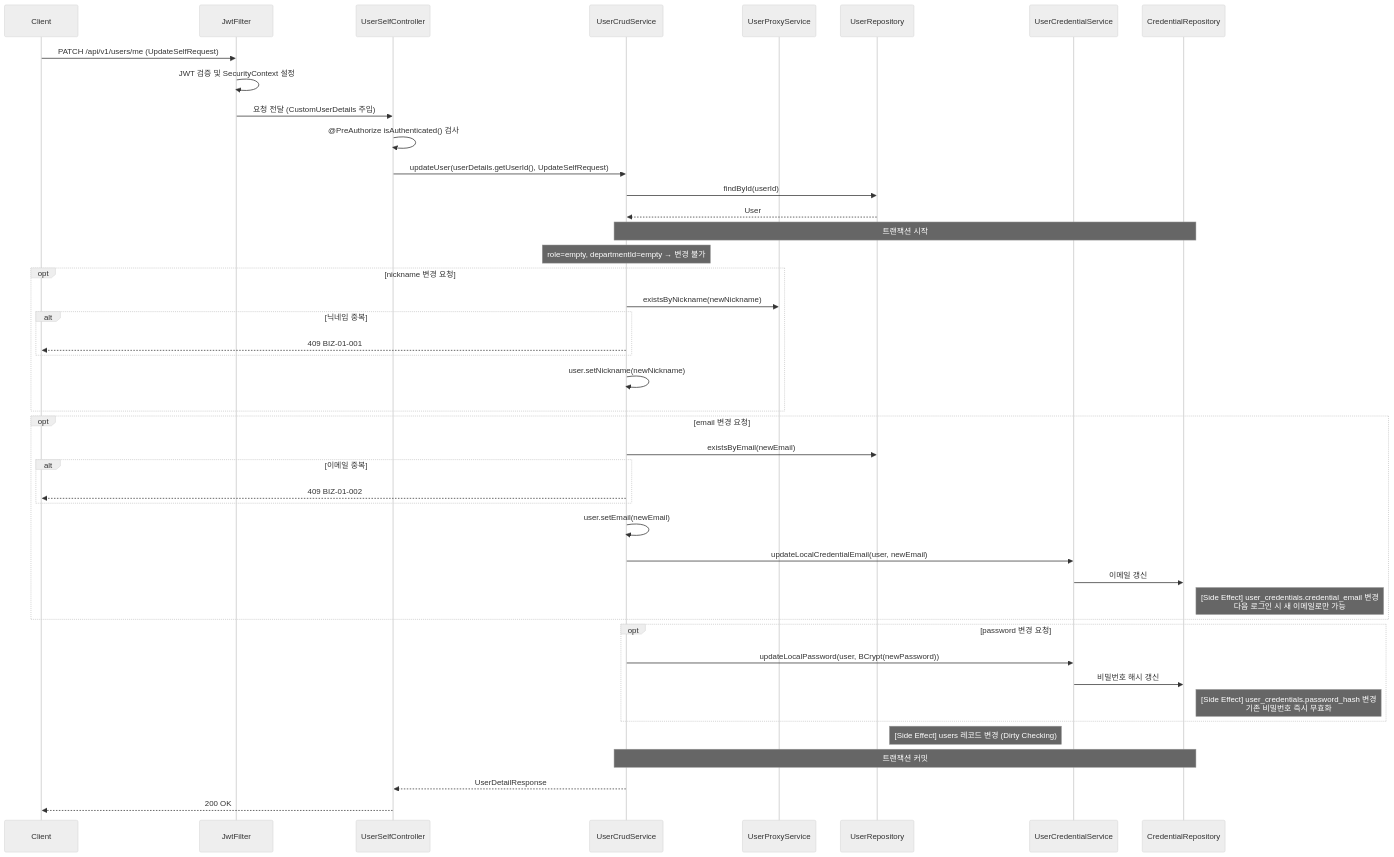
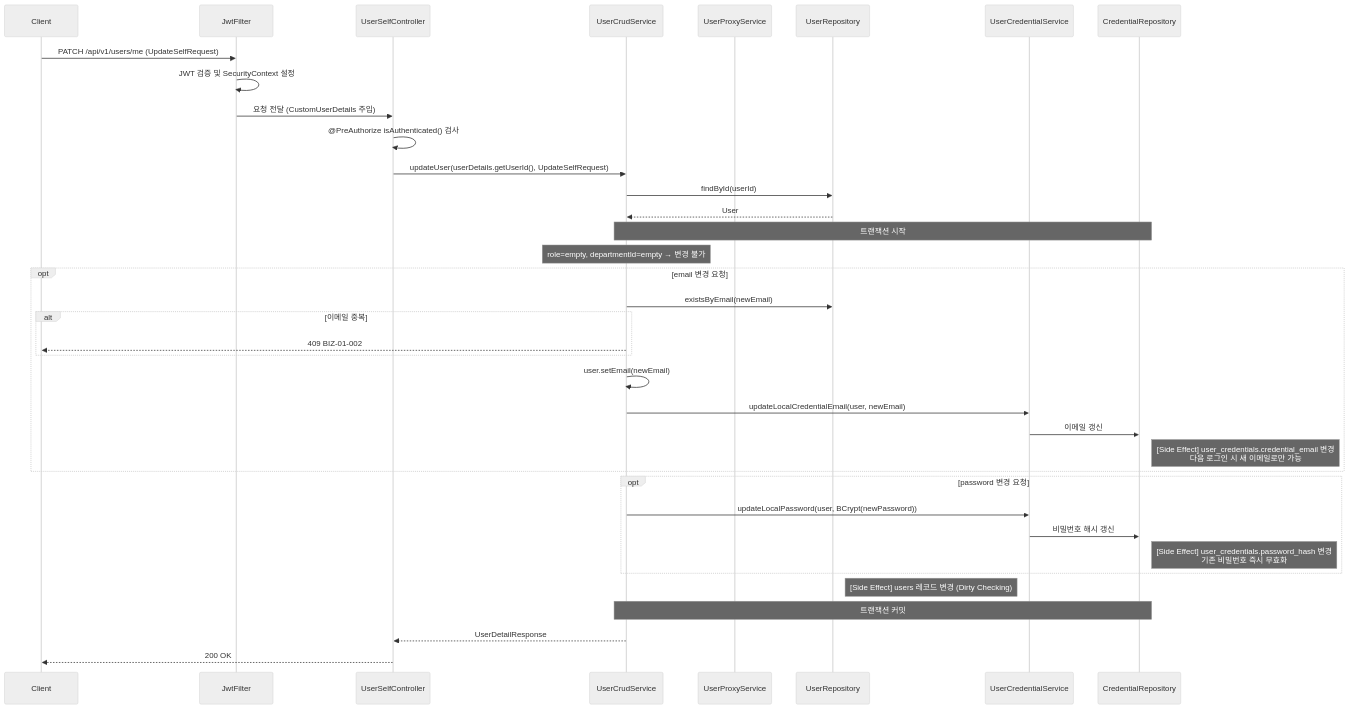
The seventh of 10 diagrams in docs/Domain/User/SequenceDiagram.md (Geumjeongyahak/Backend), drawn with Mermaid (neutral theme) before and after one commit. The commit also changed other lines of this file and 68 other files, not shown here.

Commit message:
refactor(user): 사용자 닉네임 필드 제거

````diff
--- a/docs/Domain/User/SequenceDiagram.md
+++ b/docs/Domain/User/SequenceDiagram.md
@@ -277,54 +261,46 @@
 ```mermaid
 sequenceDiagram
     participant Client
     participant JwtFilter
     participant UserSelfController
     participant UserCrudService
     participant UserProxyService
     participant UserRepository
     participant UserCredentialService
     participant CredentialRepository
 
     Client->>JwtFilter: PATCH /api/v1/users/me (UpdateSelfRequest)
     JwtFilter->>JwtFilter: JWT 검증 및 SecurityContext 설정
     JwtFilter->>UserSelfController: 요청 전달 (CustomUserDetails 주입)
     UserSelfController->>UserSelfController: @PreAuthorize isAuthenticated() 검사
     UserSelfController->>UserCrudService: updateUser(userDetails.getUserId(), UpdateSelfRequest)
 
     UserCrudService->>UserRepository: findById(userId)
     UserRepository-->>UserCrudService: User
 
     Note over UserCrudService,CredentialRepository: 트랜잭션 시작
     Note over UserCrudService: role=empty, departmentId=empty → 변경 불가
-
-    opt nickname 변경 요청
-        UserCrudService->>UserProxyService: existsByNickname(newNickname)
-        alt 닉네임 중복
-            UserCrudService-->>Client: 409 BIZ-01-001
-        end
-        UserCrudService->>UserCrudService: user.setNickname(newNickname)
-    end
 
     opt email 변경 요청
         UserCrudService->>UserRepository: existsByEmail(newEmail)
         alt 이메일 중복
             UserCrudService-->>Client: 409 BIZ-01-002
         end
         UserCrudService->>UserCrudService: user.setEmail(newEmail)
         UserCrudService->>UserCredentialService: updateLocalCredentialEmail(user, newEmail)
         UserCredentialService->>CredentialRepository: 이메일 갱신
         Note right of CredentialRepository: [Side Effect] user_credentials.credential_email 변경<br/>다음 로그인 시 새 이메일로만 가능
     end
 
     opt password 변경 요청
         UserCrudService->>UserCredentialService: updateLocalPassword(user, BCrypt(newPassword))
         UserCredentialService->>CredentialRepository: 비밀번호 해시 갱신
         Note right of CredentialRepository: [Side Effect] user_credentials.password_hash 변경<br/>기존 비밀번호 즉시 무효화
     end
 
     Note right of UserRepository: [Side Effect] users 레코드 변경 (Dirty Checking)
     Note over UserCrudService,CredentialRepository: 트랜잭션 커밋
 
     UserCrudService-->>UserSelfController: UserDetailResponse
     UserSelfController-->>Client: 200 OK
 ```
````
